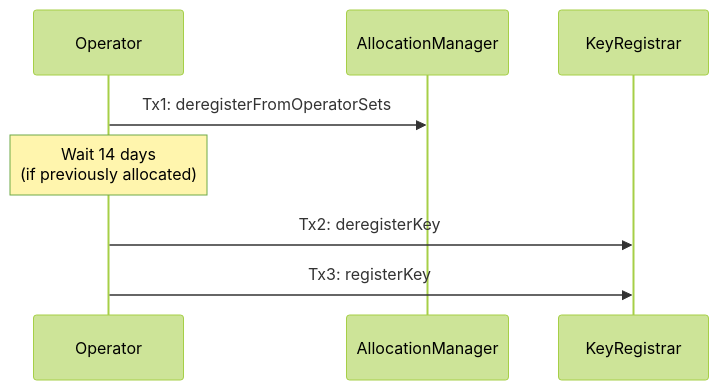
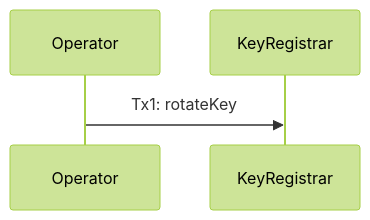
Before and after one commit to Layr-Labs/eigenlayer-contracts: the second of 2 diagrams in docs/permissions/KeyRegistrar.md, drawn with Mermaid (forest theme). The commit also changed other lines of this file, not shown here.

````diff
--- a/docs/permissions/KeyRegistrar.md
+++ b/docs/permissions/KeyRegistrar.md
@@ -305,11 +301,7 @@
 ```mermaid
 sequenceDiagram
     participant OP as Operator
-    participant AM as AllocationManager
     participant KR as KeyRegistrar
 
-    OP->>AM: Tx1: deregisterFromOperatorSets
-    Note over OP: Wait 14 days<br>(if previously allocated)
-    OP->>KR: Tx2: deregisterKey
-    OP->>KR: Tx3: registerKey
+    OP->>KR: Tx1: rotateKey
 ```
````
